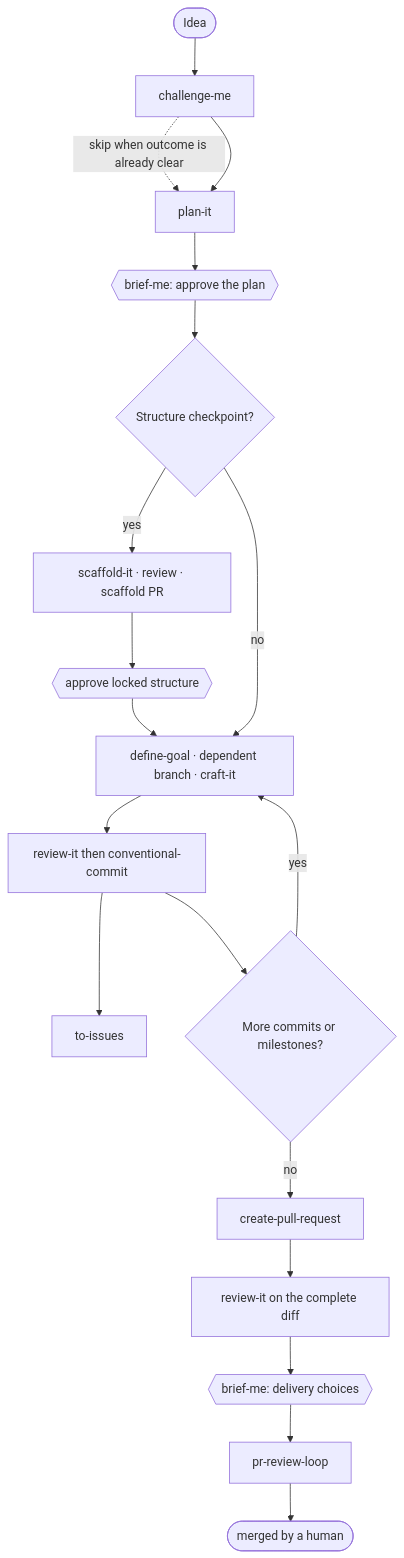
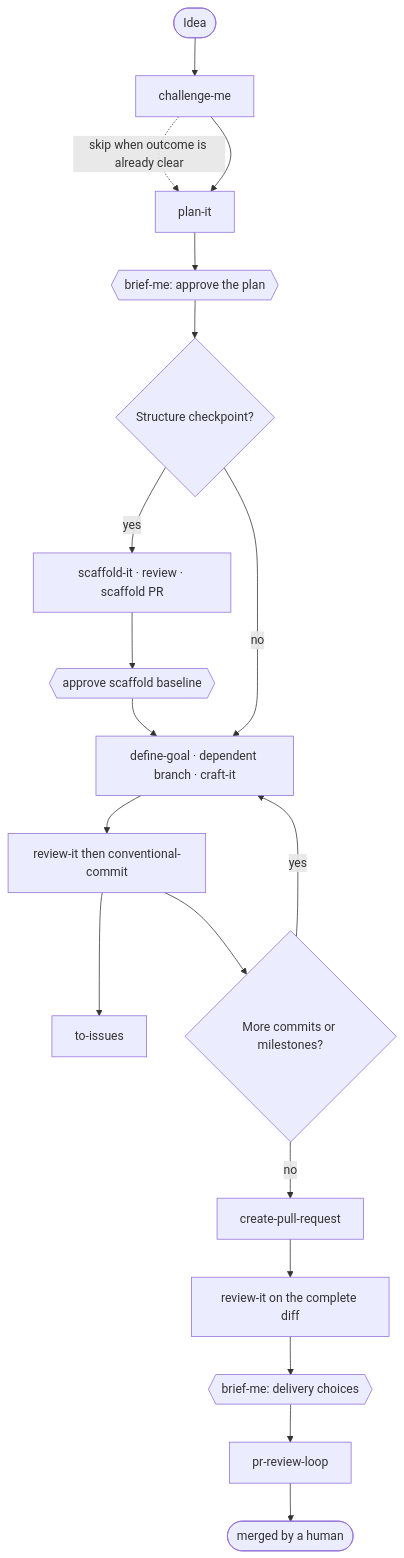
The diagram in README.md (typeweaver/skills), drawn with Mermaid before and after one commit. The commit also changed 6 other files, not shown here.

````diff
--- a/README.md
+++ b/README.md
@@ -85,21 +85,21 @@
 ```mermaid
 flowchart TD
     idea([Idea]) --> challenge[challenge-me]
     challenge -.->|skip when outcome is already clear| plan[plan-it]
     challenge --> plan
     plan --> approve{{brief-me: approve the plan}}
     approve --> scaffoldChoice{Structure checkpoint?}
     scaffoldChoice -->|yes| scaffold["scaffold-it · review · scaffold PR"]
-    scaffold --> approveStructure{{approve locked structure}}
+    scaffold --> approveStructure{{approve scaffold baseline}}
     approveStructure --> build["define-goal · dependent branch · craft-it"]
     scaffoldChoice -->|no| build
     build --> reviewCommit["review-it then conventional-commit"]
     reviewCommit --> followups[to-issues]
     reviewCommit --> more{More commits or milestones?}
     more -->|yes| build
     more -->|no| pr[create-pull-request]
     pr --> reviewPr["review-it on the complete diff"]
     reviewPr --> deliver{{brief-me: delivery choices}}
     deliver --> loop[pr-review-loop]
     loop --> merged([merged by a human])
 ```
````
